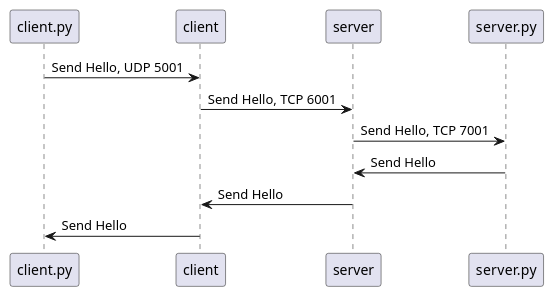
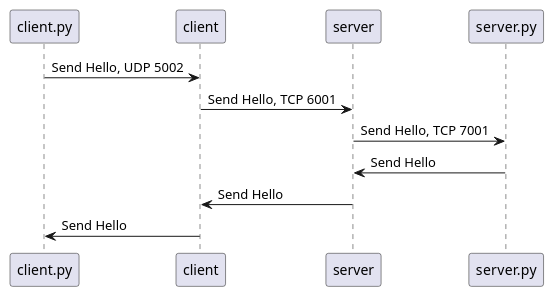
One commit to xiguichen/tcpudp changed the diagram in doc/test.md. Above: the diagram before and after it, drawn with PlantUML. The commit also changed 5 other files, not shown here.

```diff
--- a/doc/test.md
+++ b/doc/test.md
@@ -11,15 +11,15 @@
 @startuml
 
 participant client.py as client_py
 participant client 
 participant server 
 participant "server.py" as server_py
 
-client_py -> client : Send Hello, UDP 5001
+client_py -> client : Send Hello, UDP 5002
 client -> server: Send Hello, TCP 6001
 server -> server_py: Send Hello, TCP 7001
 server_py -> server: Send Hello
 server -> client: Send Hello
 client -> client_py: Send Hello
 
 @enduml
```
